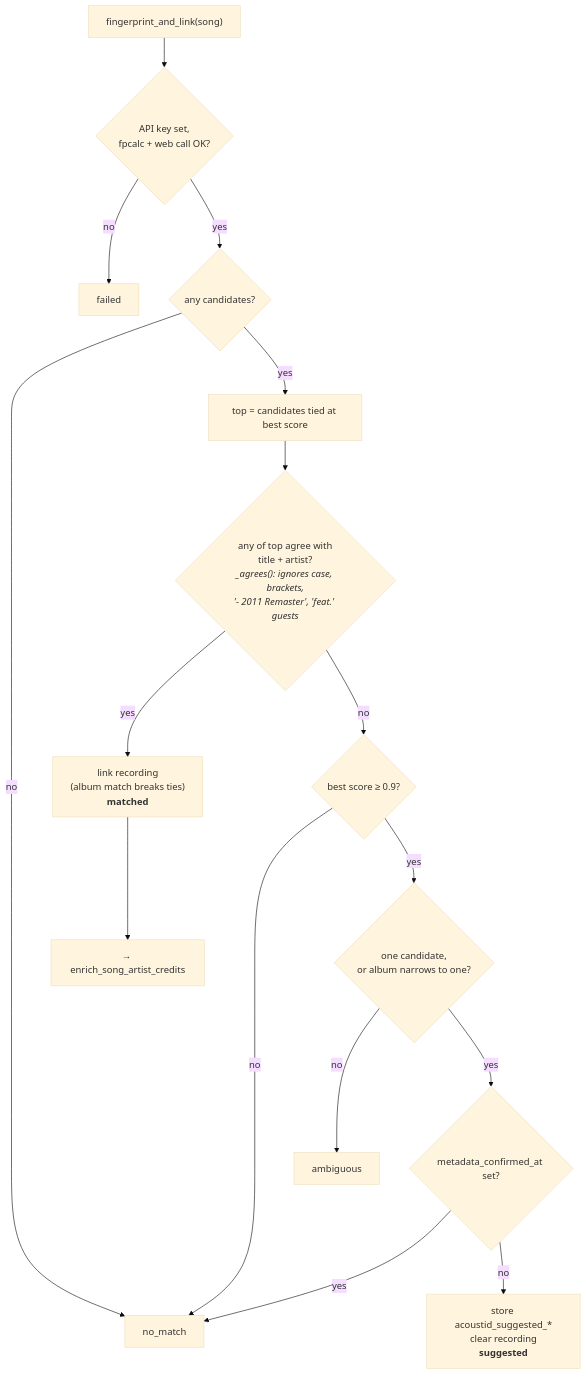
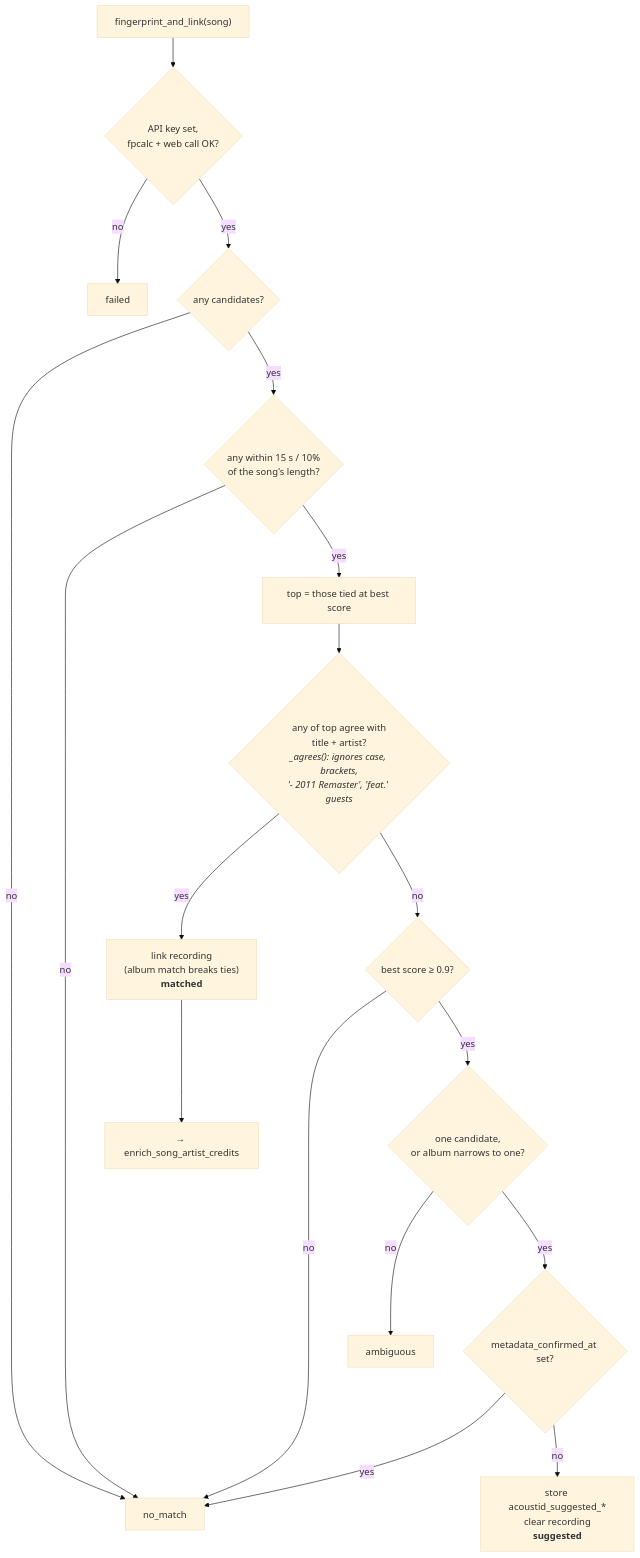
One commit to spencerfrost/open-karaoke-studio changed the fifth of 10 diagrams in docs/domains/song-library.md. Above: the diagram before and after it, drawn with Mermaid (base theme). The commit also changed other lines of this file and 5 other files, not shown here.

First line of the commit message:
fix(matching): a recording of a very different length isn't this song

````diff
--- a/docs/domains/song-library.md
+++ b/docs/domains/song-library.md
@@ -239,19 +239,21 @@
 ```mermaid
 flowchart TD
     Start["fingerprint_and_link(song)"] --> Key{"API key set,<br/>fpcalc + web call OK?"}
     Key -->|no| Failed["failed"]
     Key -->|yes| Any{"any candidates?"}
     Any -->|no| NoMatch["no_match"]
-    Any -->|yes| Top["top = candidates tied at best score"]
+    Any -->|yes| Length{"any within 15 s / 10%<br/>of the song's length?"}
+    Length -->|no| NoMatch
+    Length -->|yes| Top["top = those tied at best score"]
     Top --> Agree{"any of top agree with<br/>title + artist?<br/><i>_agrees(): ignores case, brackets,<br/>'- 2011 Remaster', 'feat.' guests</i>"}
     Agree -->|yes| Link["link recording<br/>(album match breaks ties)<br/><b>matched</b>"]
     Agree -->|no| Score{"best score ≥ 0.9?"}
     Score -->|no| NoMatch
     Score -->|yes| One{"one candidate,<br/>or album narrows to one?"}
     One -->|no| Ambiguous["ambiguous"]
     One -->|yes| Confirmed{"metadata_confirmed_at set?"}
     Confirmed -->|yes| NoMatch
     Confirmed -->|no| Suggest["store acoustid_suggested_*<br/>clear recording<br/><b>suggested</b>"]
 
     Link --> Credits["→ enrich_song_artist_credits"]
 ```
````
